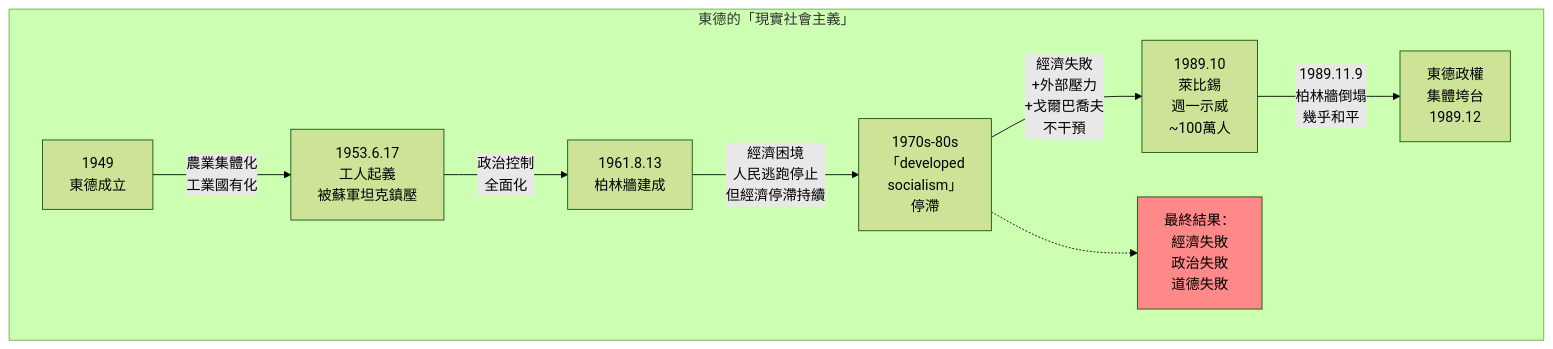
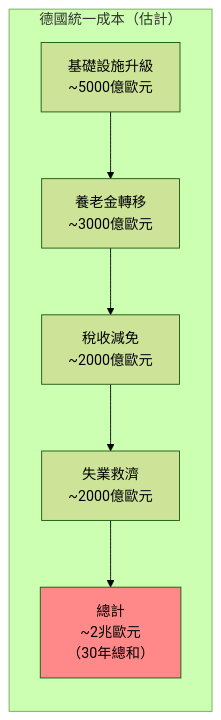
One commit to yip-lgtm/HKU-Harvard-History-Self-Study changed the third of 5 diagrams in 02_Harvard_Courses/101_Foundations/Hist46.md. Above: the diagram before and after it, drawn with Mermaid (forest theme). The commit also changed other lines of this file and 65 other files, not shown here.

````diff
--- a/02_Harvard_Courses/101_Foundations/Hist46.md
+++ b/02_Harvard_Courses/101_Foundations/Hist46.md
@@ -146,20 +128,13 @@
 ```mermaid
-graph TD
-    subgraph "東德的「現實社會主義」"
-        A["1949\n東德成立"]
-        A -->|"農業集體化\n工業國有化"| B["1953.6.17\n工人起義\n被蘇軍坦克鎮壓"]
-        
-        B -->|"政治控制\n全面化"| C["1961.8.13\n柏林牆建成"]
-        
-        C -->|"經濟困境\n人民逃跑停止\n但經濟停滯持續"| D["1970s-80s\n「developed\nsocialism」\n停滯"]
-        
-        D -->|"經濟失敗\n+外部壓力\n+戈爾巴喬夫\n不干預"| E["1989.10\n萊比錫\n週一示威\n~100萬人"]
-        
-        E -->|"1989.11.9\n柏林牆倒塌\n幾乎和平"| F["東德政權\n集體垮台\n1989.12"]
-        
-        G["最終結果：\n經濟失敗\n政治失敗\n道德失敗"]
-        
-        D -.-> G
-        style G fill:#f88
+graph LR
+    subgraph "德國統一成本（估計）"
+        A["基礎設施升級\n~5000億歐元"]
+        B["養老金轉移\n~3000億歐元"]
+        C["稅收減免\n~2000億歐元"]
+        D["失業救濟\n~2000億歐元"]
+        E["總計\n~2兆歐元\n（30年總和）"]
     end
+    
+    A --> B --> C --> D --> E
+    style E fill:#f88
 ```
````
